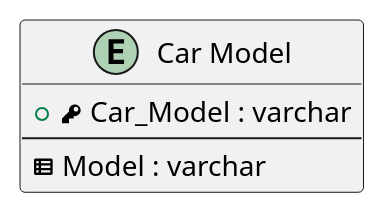
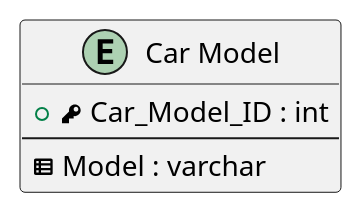
Before and after one commit to DmitryVasilkovW/ITMO-Database-design-labs-4-sem: the diagram in Labs/Lab1/Tables/Entities/CarModels.puml, drawn with PlantUML. The commit also changed 9 other files, not shown here.

```diff
--- a/Labs/Lab1/Tables/Entities/CarModels.puml
+++ b/Labs/Lab1/Tables/Entities/CarModels.puml
@@ -1,8 +1,8 @@
 @startuml
 entity "Car Model" as carModel
 {
-  +<&key> Car_Model : varchar
+  +<&key> Car_Model_ID : int
   --
   <&spreadsheet> Model : varchar
 }
 @enduml
```
